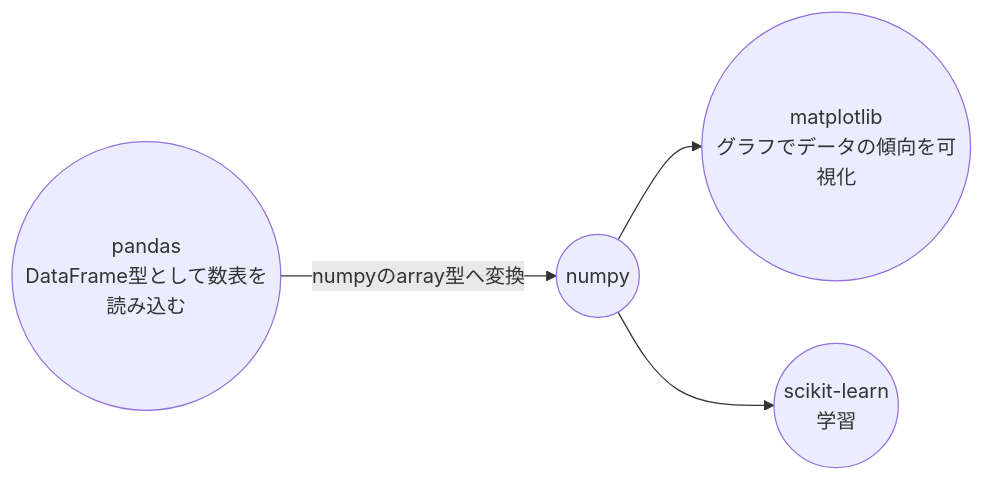
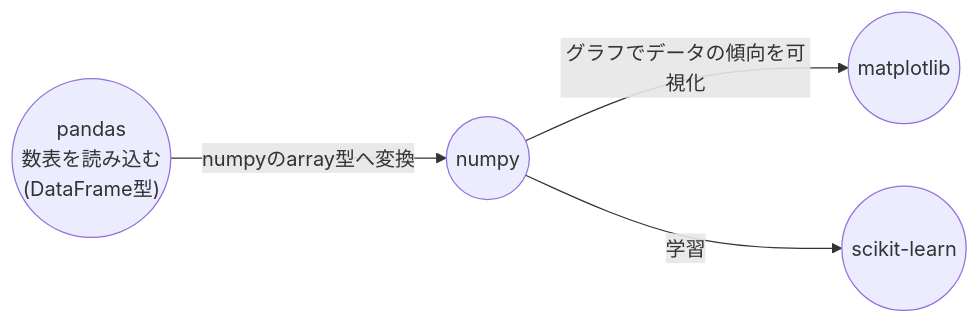
Before and after one commit to FukeKazki/boilerplate: the diagram in source/2020-03-15.md, drawn with Mermaid.

````diff
--- a/source/2020-03-15.md
+++ b/source/2020-03-15.md
@@ -23,6 +23,6 @@
 ```mermaid,autorun
 graph LR
-    id1((pandas<br/>DataFrame型として数表を読み込む)) -->|numpyのarray型へ変換| id2((numpy))
-    id2 --> id3((matplotlib<br/>グラフでデータの傾向を可視化))
-    id2 --> id4((scikit-learn<br/>学習))
+    id1(("pandas<br/>数表を読み込む<br/>(DataFrame型)")) -->|numpyのarray型へ変換| id2((numpy))
+    id2 -->|グラフでデータの傾向を可視化| id3((matplotlib))
+    id2 -->|学習| id4((scikit-learn))
 ```
````
